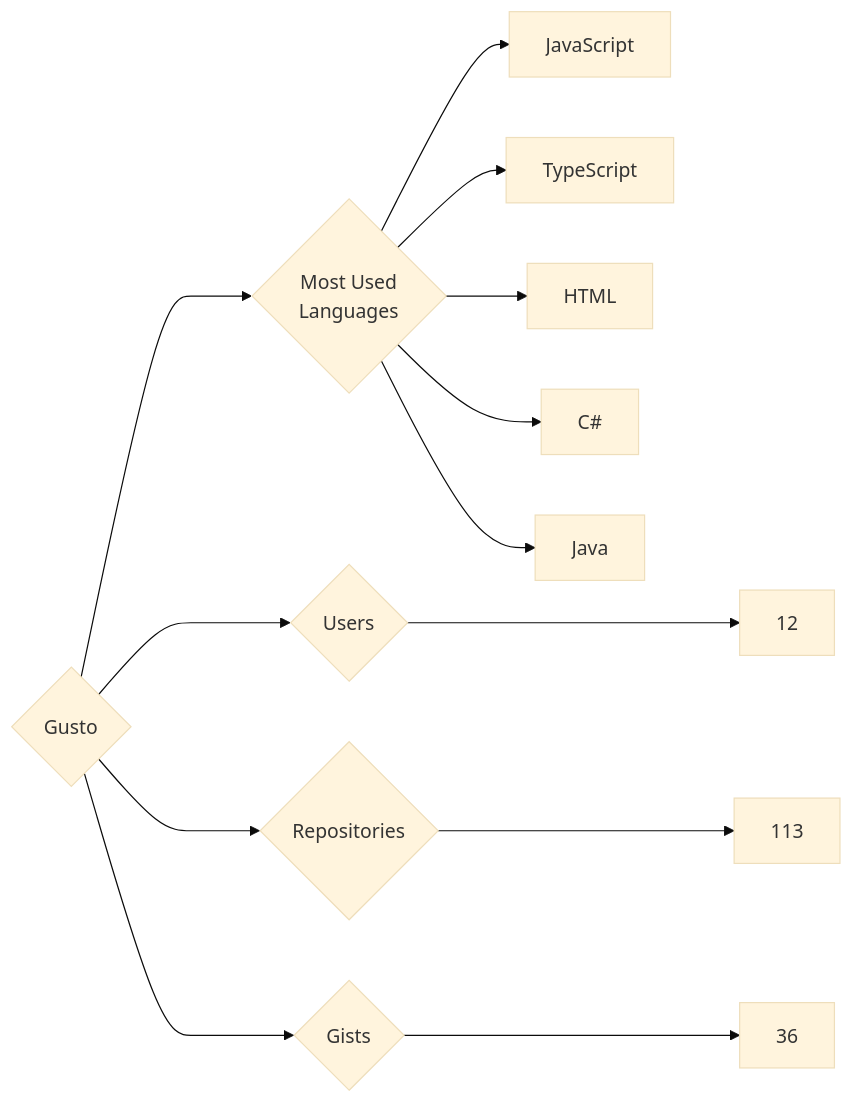
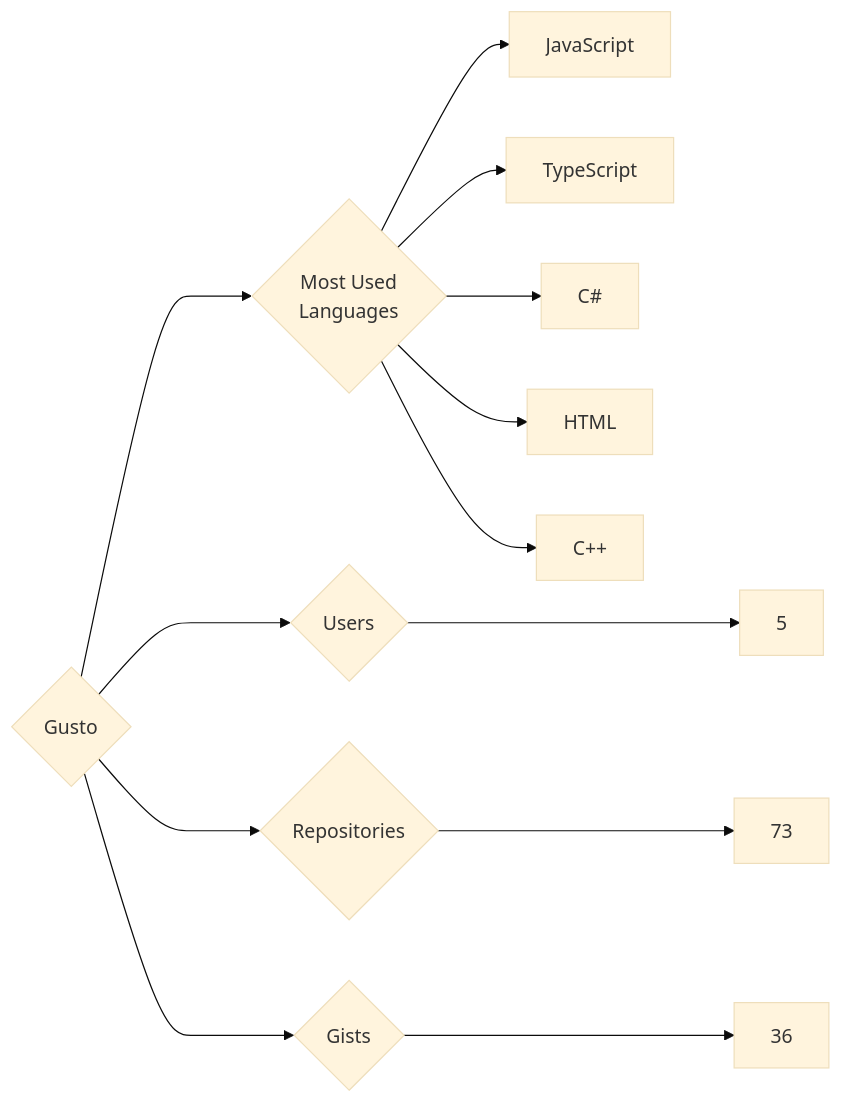
The diagram in targets/Gusto/README.md (trickest/insiders), drawn with Mermaid (base theme) before and after one commit. The commit also changed 860 other files, not shown here.

````diff
--- a/targets/Gusto/README.md
+++ b/targets/Gusto/README.md
@@ -3,13 +3,13 @@
 ```mermaid
 graph LR
 COMPANY_NAME{Gusto}
-COMPANY_NAME ---> U{Users} ---> UN[12]
-COMPANY_NAME ---> R{Repositories} ---> RN[113]
+COMPANY_NAME ---> U{Users} ---> UN[5]
+COMPANY_NAME ---> R{Repositories} ---> RN[73]
 COMPANY_NAME ---> G{Gists} ---> GN[36]
 COMPANY_NAME ---> ML{Most Used<br>Languages}
 ML --> JavaScript[JavaScript]
 ML --> TypeScript[TypeScript]
+ML --> C#[C#]
 ML --> HTML[HTML]
-ML --> C#[C#]
-ML --> Java[Java]
+ML --> C++[C++]
 ```
````
